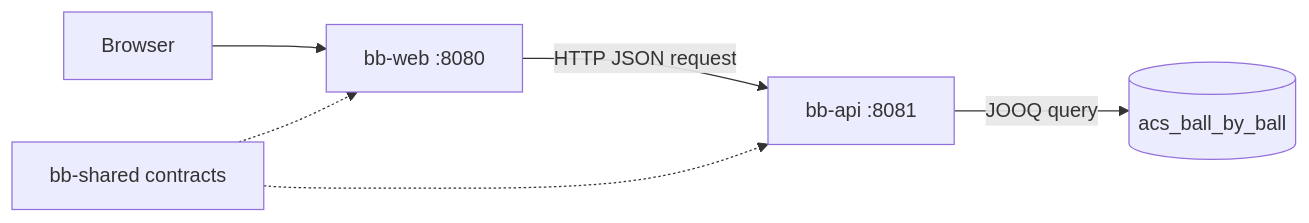
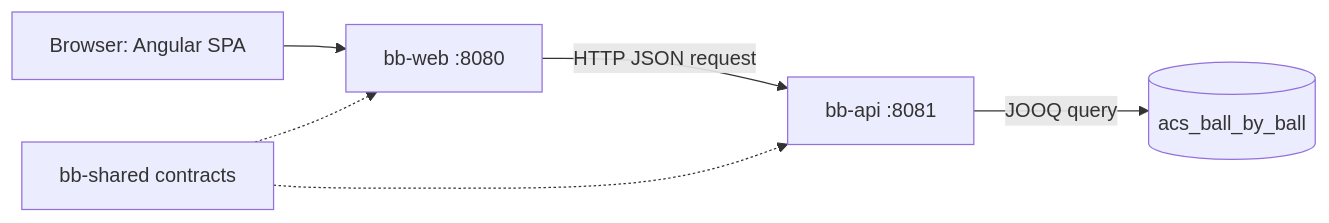
The first of 3 diagrams in docs/architecture/applications.md (kevinrjones/acs_ball_by_ball), drawn with Mermaid before and after one commit. The commit also changed other lines of this file and 33 other files, not shown here.

Commit message:
Migrate `bb-web` to Angular framework, replacing static HTMX implementation, and add modern UI components. Remove unused MatchHtmlRenderer class.

````diff
--- a/docs/architecture/applications.md
+++ b/docs/architecture/applications.md
@@ -19,8 +19,8 @@
 ```mermaid
 flowchart LR
-    Browser[Browser] --> Web[bb-web :8080]
+    Browser[Browser: Angular SPA] --> Web[bb-web :8080]
     Web -->|HTTP JSON request| API[bb-api :8081]
     API -->|JOOQ query| DB[(acs_ball_by_ball)]
     Shared[bb-shared contracts] -.-> Web
     Shared -.-> API
 ```
````
